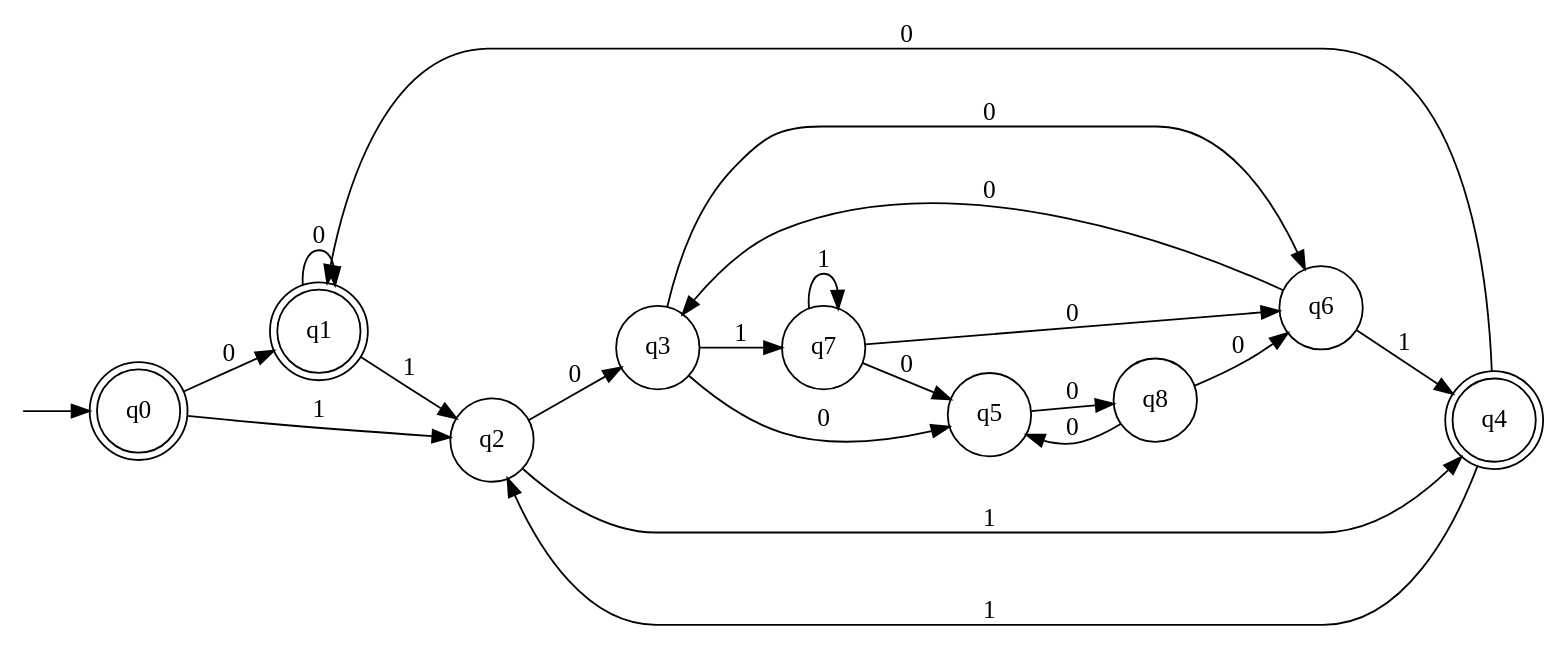
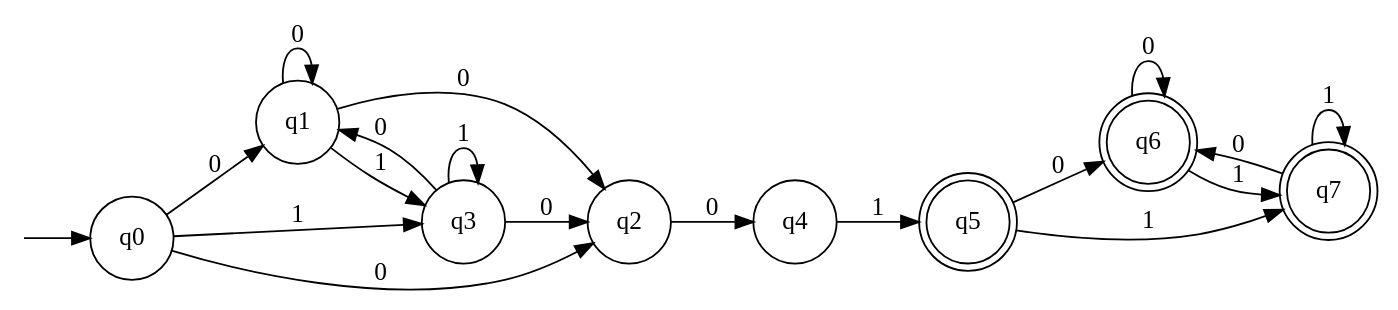
Before and after one commit to water-mizuu/finite_automata_conversion: the diagram in nfa.dot, drawn with Graphviz. The commit also changed 9 other files, not shown here.

```diff
--- a/nfa.dot
+++ b/nfa.dot
@@ -1,33 +1,30 @@
 digraph G {
   rankdir=LR;
   n__ [label="" shape=none width=.0];
-  0 [shape=doublecircle label="q0"]
-  1 [shape=doublecircle label="q1"]
-  2 [shape=circle label="q2"]
-  3 [shape=circle label="q3"]
-  4 [shape=circle label="q7"]
-  5 [shape=circle label="q5"]
-  6 [shape=circle label="q8"]
-  7 [shape=circle label="q6"]
-  8 [shape=doublecircle label="q4"]
+  0 [shape=circle label="q0"]
+  1 [shape=circle label="q1"]
+  2 [shape=circle label="q3"]
+  3 [shape=circle label="q2"]
+  4 [shape=circle label="q4"]
+  5 [shape=doublecircle label="q5"]
+  6 [shape=doublecircle label="q6"]
+  7 [shape=doublecircle label="q7"]
   n__ -> 0;
   0 -> 1 [label="0"]
+  0 -> 3 [label="0"]
+  0 -> 2 [label="1"]
   1 -> 1 [label="0"]
+  1 -> 3 [label="0"]
+  1 -> 2 [label="1"]
+  2 -> 1 [label="0"]
   2 -> 3 [label="0"]
-  3 -> 5 [label="0"]
-  3 -> 7 [label="0"]
-  4 -> 5 [label="0"]
-  4 -> 7 [label="0"]
+  2 -> 2 [label="1"]
+  3 -> 4 [label="0"]
+  4 -> 5 [label="1"]
   5 -> 6 [label="0"]
-  6 -> 5 [label="0"]
-  6 -> 7 [label="0"]
-  7 -> 3 [label="0"]
-  8 -> 1 [label="0"]
-  0 -> 2 [label="1"]
-  1 -> 2 [label="1"]
-  2 -> 8 [label="1"]
-  3 -> 4 [label="1"]
-  4 -> 4 [label="1"]
-  7 -> 8 [label="1"]
-  8 -> 2 [label="1"]
+  5 -> 7 [label="1"]
+  6 -> 6 [label="0"]
+  6 -> 7 [label="1"]
+  7 -> 6 [label="0"]
+  7 -> 7 [label="1"]
 }
```
